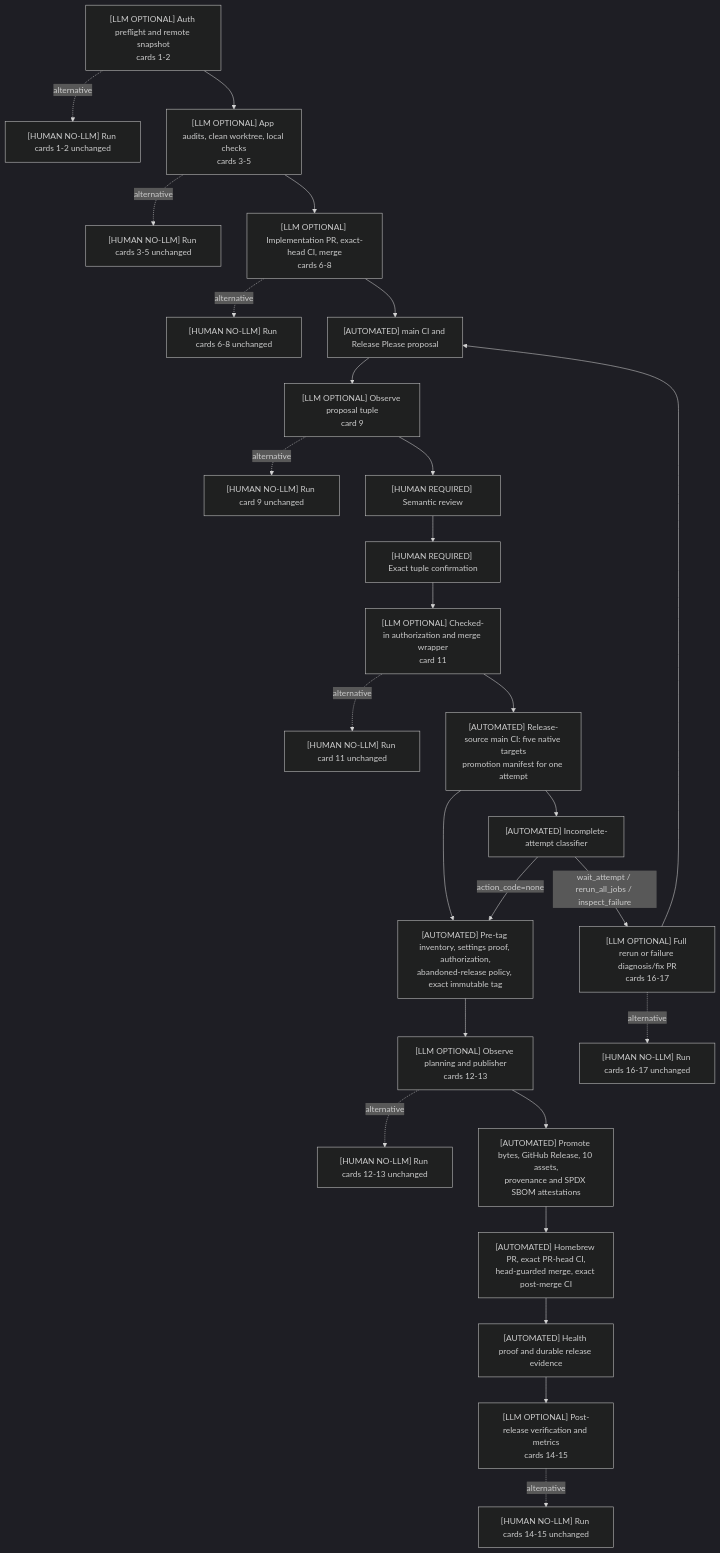
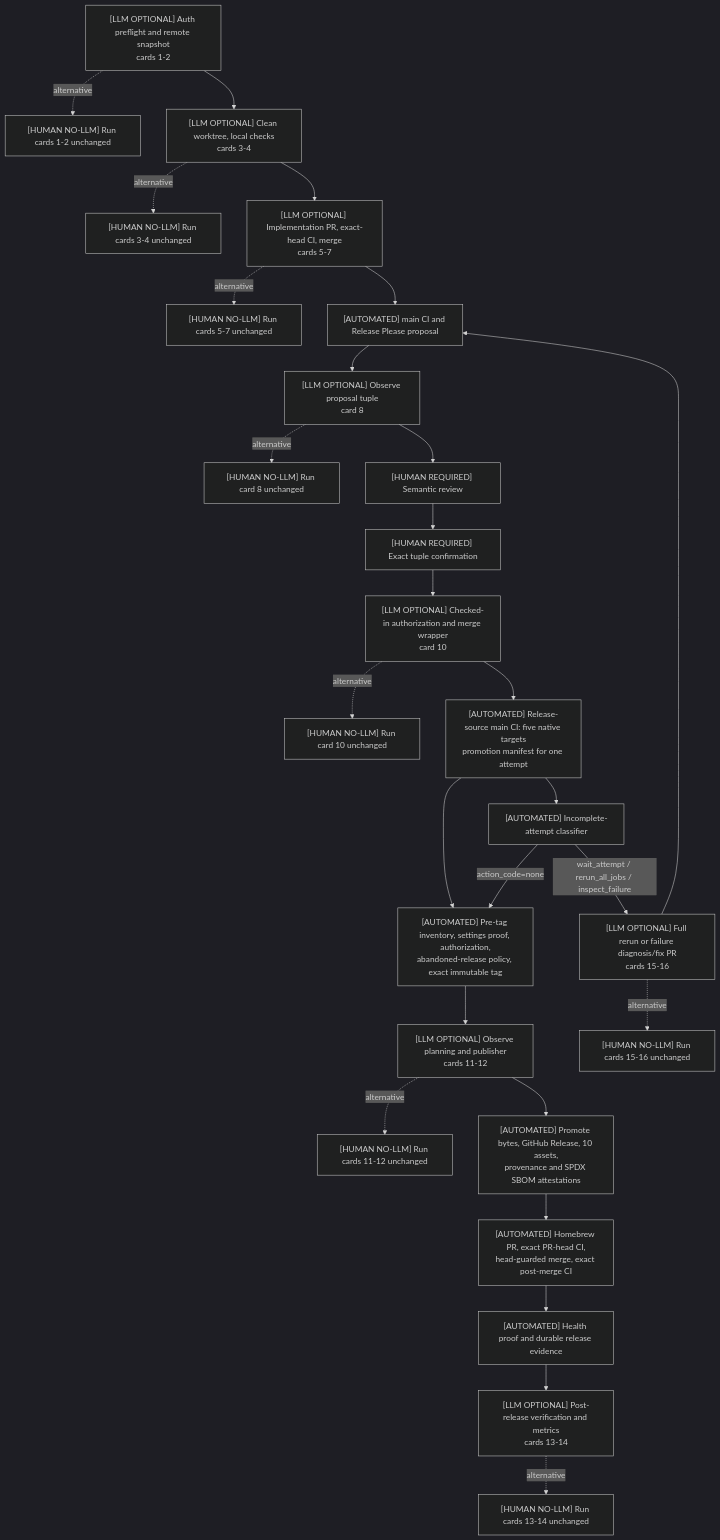
One commit to ildarbinanas-design/env-vault changed the diagram in docs/release-operator-runbook.md. Above: the diagram before and after it, drawn with Mermaid (dark theme). The commit also changed other lines of this file and 28 other files, not shown here.

````diff
--- a/docs/release-operator-runbook.md
+++ b/docs/release-operator-runbook.md
@@ -57,42 +57,42 @@
 ```mermaid
 flowchart TD
     A["[LLM OPTIONAL] Auth preflight and remote snapshot<br/>cards 1-2"]
     A0["[HUMAN NO-LLM] Run cards 1-2 unchanged"]
-    B["[LLM OPTIONAL] App audits, clean worktree, local checks<br/>cards 3-5"]
-    B0["[HUMAN NO-LLM] Run cards 3-5 unchanged"]
-    C["[LLM OPTIONAL] Implementation PR, exact-head CI, merge<br/>cards 6-8"]
-    C0["[HUMAN NO-LLM] Run cards 6-8 unchanged"]
+    B["[LLM OPTIONAL] Clean worktree, local checks<br/>cards 3-4"]
+    B0["[HUMAN NO-LLM] Run cards 3-4 unchanged"]
+    C["[LLM OPTIONAL] Implementation PR, exact-head CI, merge<br/>cards 5-7"]
+    C0["[HUMAN NO-LLM] Run cards 5-7 unchanged"]
     D["[AUTOMATED] main CI and Release Please proposal"]
-    E["[LLM OPTIONAL] Observe proposal tuple<br/>card 9"]
-    E0["[HUMAN NO-LLM] Run card 9 unchanged"]
+    E["[LLM OPTIONAL] Observe proposal tuple<br/>card 8"]
+    E0["[HUMAN NO-LLM] Run card 8 unchanged"]
     F["[HUMAN REQUIRED] Semantic review"]
     G["[HUMAN REQUIRED] Exact tuple confirmation"]
-    H["[LLM OPTIONAL] Checked-in authorization and merge wrapper<br/>card 11"]
-    H0["[HUMAN NO-LLM] Run card 11 unchanged"]
+    H["[LLM OPTIONAL] Checked-in authorization and merge wrapper<br/>card 10"]
+    H0["[HUMAN NO-LLM] Run card 10 unchanged"]
     I["[AUTOMATED] Release-source main CI: five native targets<br/>promotion manifest for one attempt"]
     J["[AUTOMATED] Pre-tag inventory, settings proof, authorization,<br/>abandoned-release policy, exact immutable tag"]
-    K["[LLM OPTIONAL] Observe planning and publisher<br/>cards 12-13"]
-    K0["[HUMAN NO-LLM] Run cards 12-13 unchanged"]
+    K["[LLM OPTIONAL] Observe planning and publisher<br/>cards 11-12"]
+    K0["[HUMAN NO-LLM] Run cards 11-12 unchanged"]
     L["[AUTOMATED] Promote bytes, GitHub Release, 10 assets,<br/>provenance and SPDX SBOM attestations"]
     M["[AUTOMATED] Homebrew PR, exact PR-head CI,<br/>head-guarded merge, exact post-merge CI"]
     N["[AUTOMATED] Health proof and durable release evidence"]
-    O["[LLM OPTIONAL] Post-release verification and metrics<br/>cards 14-15"]
-    O0["[HUMAN NO-LLM] Run cards 14-15 unchanged"]
+    O["[LLM OPTIONAL] Post-release verification and metrics<br/>cards 13-14"]
+    O0["[HUMAN NO-LLM] Run cards 13-14 unchanged"]
     X["[AUTOMATED] Incomplete-attempt classifier"]
-    Y["[LLM OPTIONAL] Full rerun or failure diagnosis/fix PR<br/>cards 16-17"]
-    Y0["[HUMAN NO-LLM] Run cards 16-17 unchanged"]
+    Y["[LLM OPTIONAL] Full rerun or failure diagnosis/fix PR<br/>cards 15-16"]
+    Y0["[HUMAN NO-LLM] Run cards 15-16 unchanged"]
 
     A --> B --> C --> D --> E --> F --> G --> H --> I --> J --> K --> L --> M --> N --> O
     A -. alternative .-> A0
     B -. alternative .-> B0
     C -. alternative .-> C0
     E -. alternative .-> E0
     H -. alternative .-> H0
     K -. alternative .-> K0
     O -. alternative .-> O0
     I --> X
     X -->|"action_code=none"| J
     X -->|"wait_attempt / rerun_all_jobs / inspect_failure"| Y
     Y -. alternative .-> Y0
     Y --> D
 ```
````
